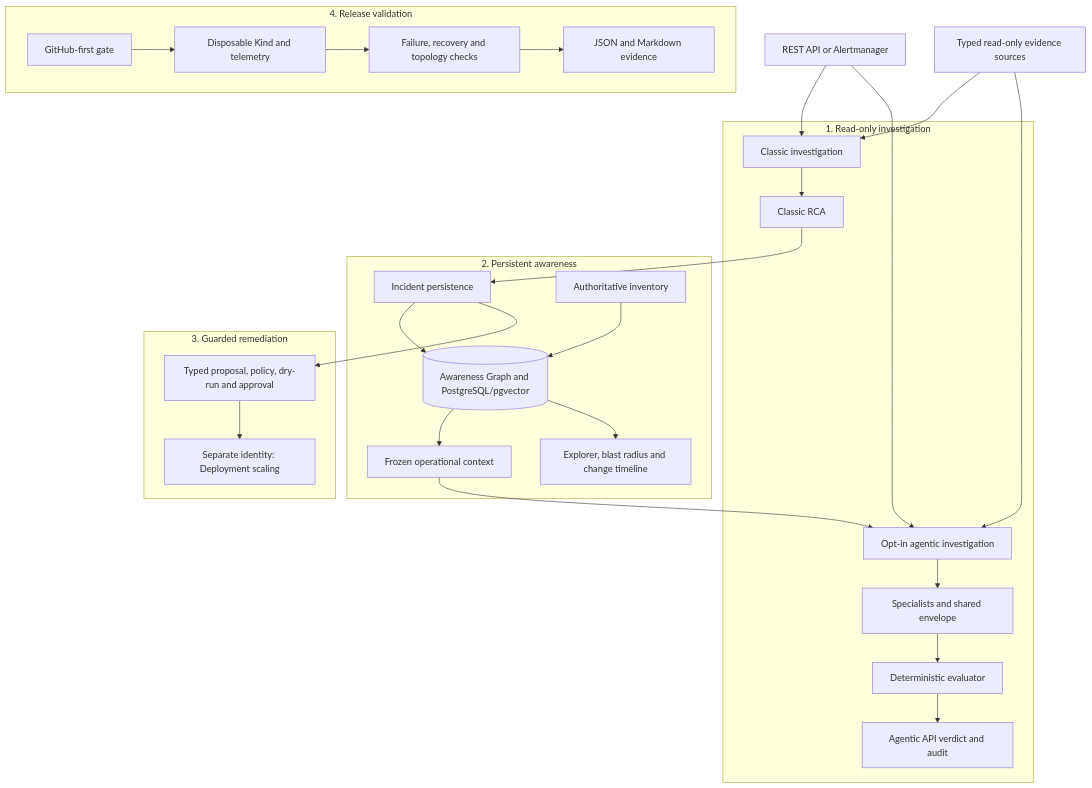
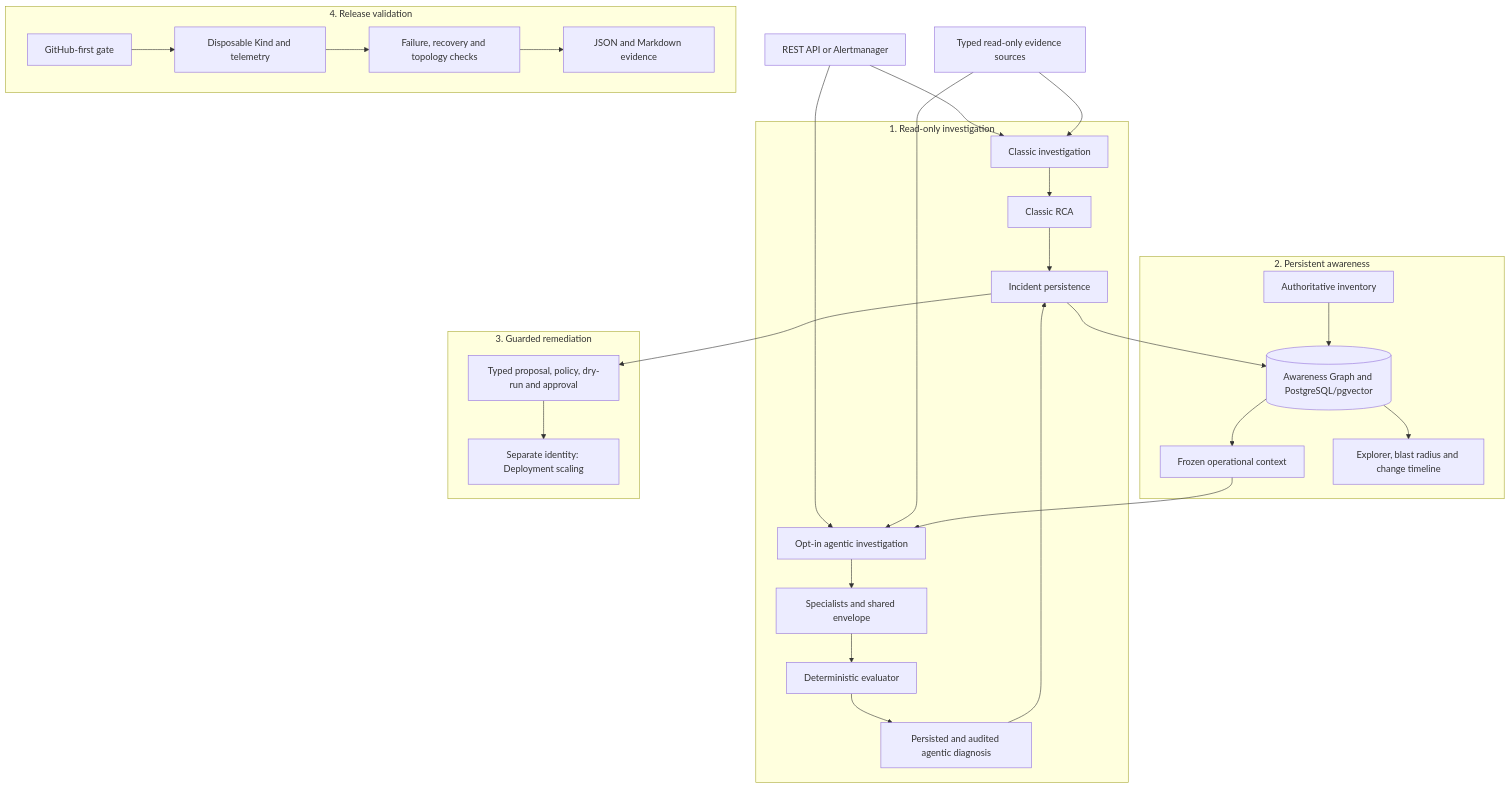
One commit to marcocristofolini/ai-sre-rca changed the second of 2 diagrams in README.md. Above: the diagram before and after it, drawn with Mermaid. The commit also changed other lines of this file and 17 other files, not shown here.

```diff
--- a/README.md
+++ b/README.md
@@ -100,30 +101,31 @@
 ~~~mermaid
 flowchart TD
     IN["REST API or Alertmanager"] --> CORE["Classic investigation"]
     IN --> PLAN["Opt-in agentic investigation"]
     SRC["Typed read-only evidence sources"] --> CORE
     SRC --> PLAN
     subgraph READ["1. Read-only investigation"]
       CORE --> RCA["Classic RCA"]
       PLAN --> ENV["Specialists and shared envelope"]
       ENV --> EVAL["Deterministic evaluator"]
-      EVAL --> AR["Agentic API verdict and audit"]
+      EVAL --> AR["Persisted and audited agentic diagnosis"]
+      AR --> STORE
     end
     subgraph AWARE["2. Persistent awareness"]
       RCA --> STORE["Incident persistence"]
       STORE --> PAG[("Awareness Graph and PostgreSQL/pgvector")]
       INV["Authoritative inventory"] --> PAG
       PAG --> CTX["Frozen operational context"]
       CTX --> PLAN
       PAG --> VIEW["Explorer, blast radius and change timeline"]
     end
     subgraph REM["3. Guarded remediation"]
       STORE --> POLICY["Typed proposal, policy, dry-run and approval"]
       POLICY --> ACT["Separate identity: Deployment scaling"]
     end
     subgraph VAL["4. Release validation"]
       GH["GitHub-first gate"] --> KIND["Disposable Kind and telemetry"]
       KIND --> HAR["Failure, recovery and topology checks"]
       HAR --> REP["JSON and Markdown evidence"]
     end
 ~~~
```
